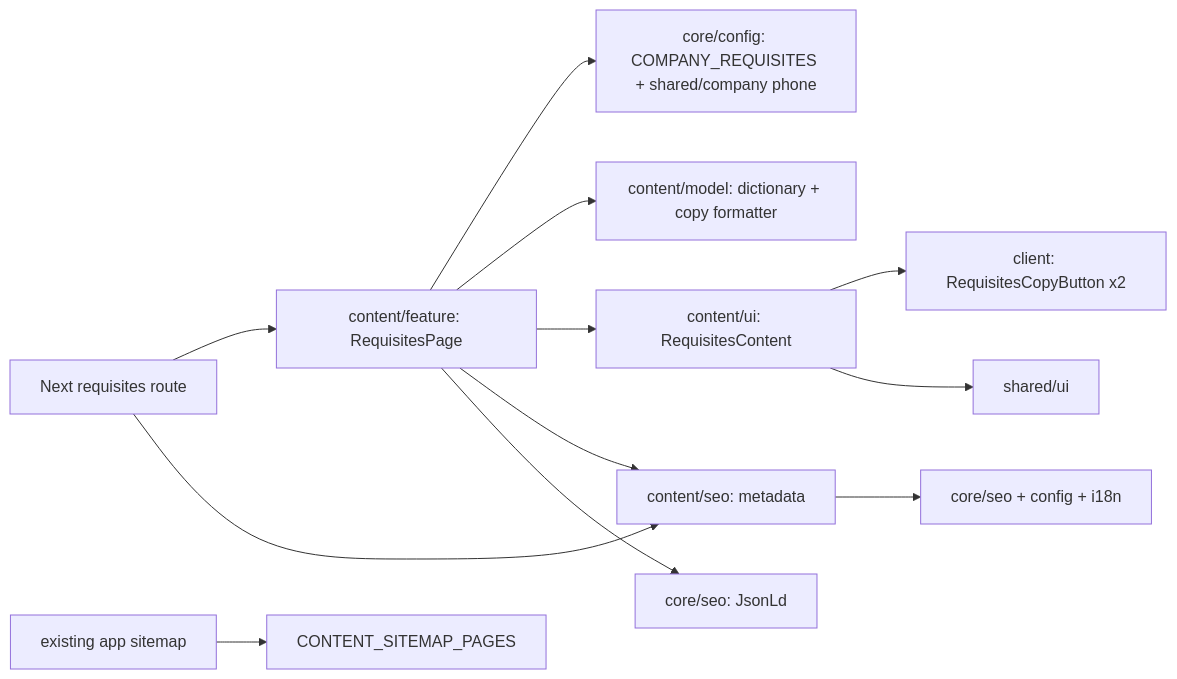
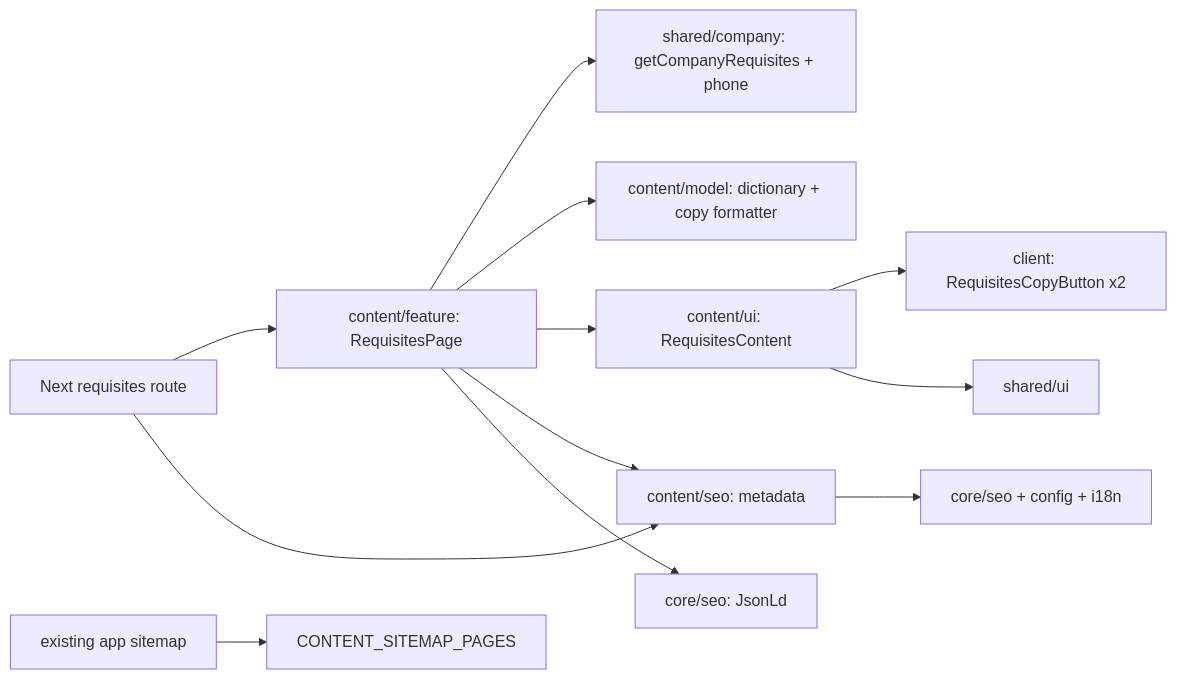
The diagram in docs/features/site/requisites.md (Weretik/kedr-web), drawn with Mermaid before and after one commit. The commit also changed other lines of this file and 57 other files, not shown here.

First line of the commit message:
feat(requisites): site reads company requisites from the API, admins edit them

````diff
--- a/docs/features/site/requisites.md
+++ b/docs/features/site/requisites.md
@@ -11,14 +11,14 @@
 ```mermaid
 flowchart LR
   Route["Next requisites route"] --> Feature["content/feature: RequisitesPage"]
   Route --> SEO["content/seo: metadata"]
-  Feature --> Facts["core/config: COMPANY_REQUISITES + shared/company phone"]
+  Feature --> Facts["shared/company: getCompanyRequisites + phone"]
   Feature --> Model["content/model: dictionary + copy formatter"]
   Feature --> UI["content/ui: RequisitesContent"]
   Feature --> SEO
   Feature --> Json["core/seo: JsonLd"]
   UI --> Copy["client: RequisitesCopyButton x2"]
   UI --> Shared["shared/ui"]
   SEO --> CoreSEO["core/seo + config + i18n"]
   Sitemap["existing app sitemap"] --> Registry["CONTENT_SITEMAP_PAGES"]
 ```
````
